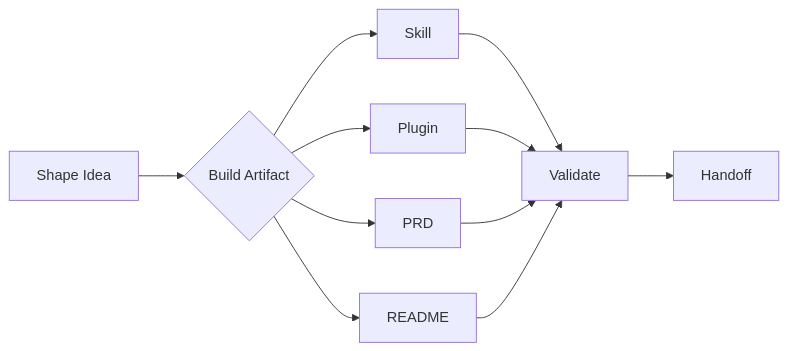
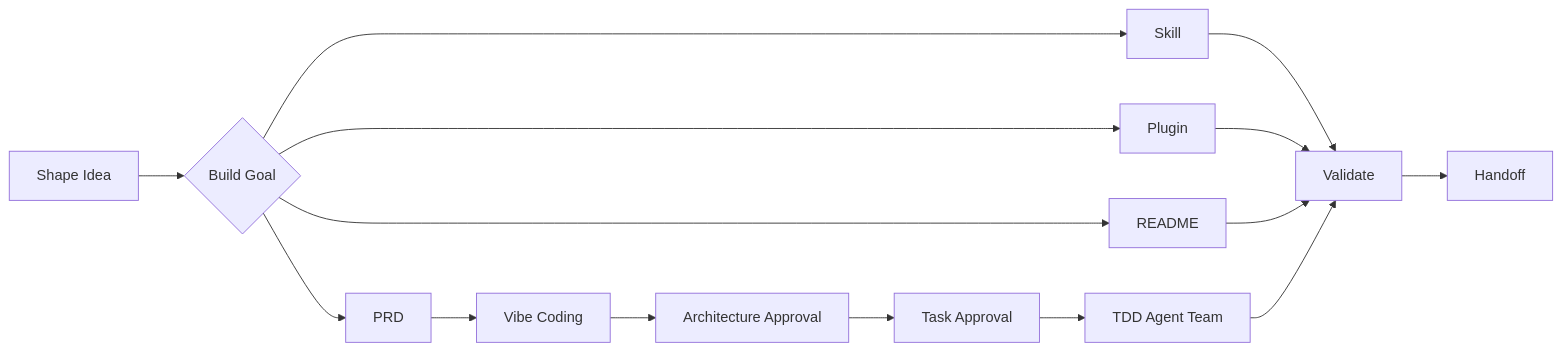
One commit to koco-co/build-goals changed the diagram in README.md. Above: the diagram before and after it, drawn with Mermaid. The commit also changed other lines of this file and 46 other files, not shown here.

Commit message:
feat: add vibe-coding orchestration skill

````diff
--- a/README.md
+++ b/README.md
@@ -47,13 +50,17 @@
 ```mermaid
 flowchart LR
-    A[Shape Idea] --> B{Build Artifact}
+    A[Shape Idea] --> B{Build Goal}
     B --> C[Skill]
     B --> D[Plugin]
     B --> E[PRD]
     B --> F[README]
-    C --> G[Validate]
-    D --> G
-    E --> G
-    F --> G
-    G --> H[Handoff]
+    E --> G[Vibe Coding]
+    G --> H[Architecture Approval]
+    H --> I[Task Approval]
+    I --> J[TDD Agent Team]
+    C --> K[Validate]
+    D --> K
+    F --> K
+    J --> K
+    K --> L[Handoff]
 ```
````
